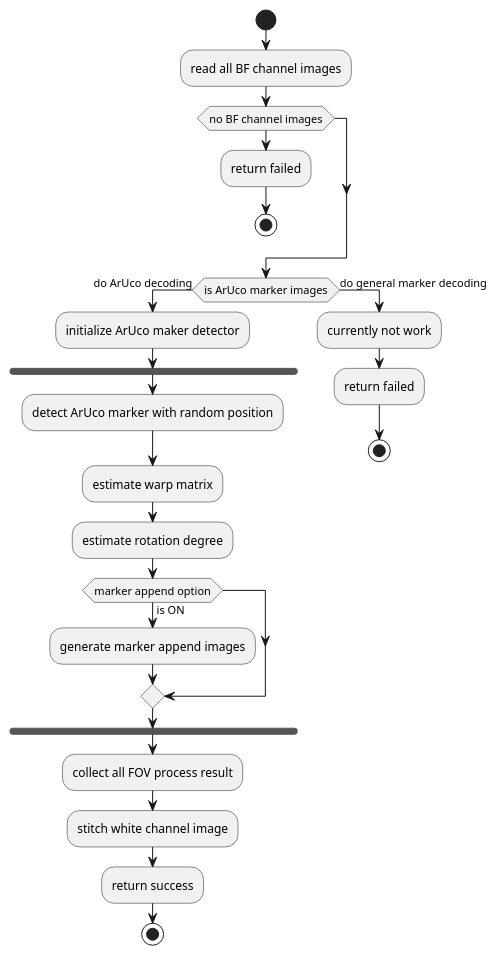
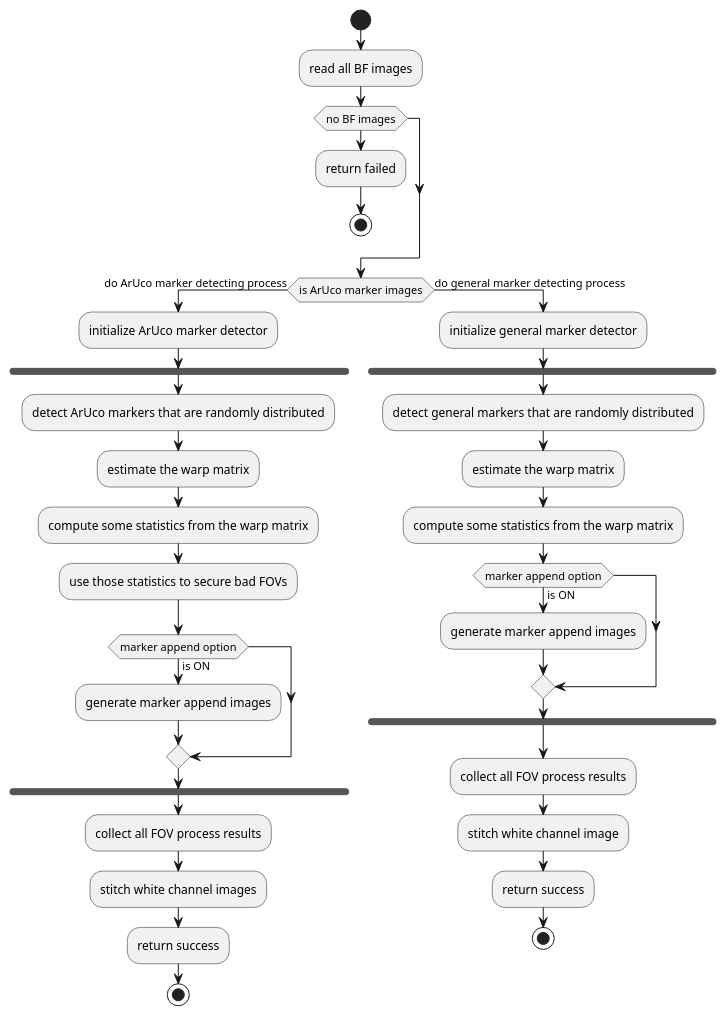
The second of 4 diagrams in doc/algorithm.md (jeff665547/Project-Summit.Grid), drawn with PlantUML before and after one commit. The commit also changed other lines of this file and 5 other files, not shown here.

```diff
--- a/doc/algorithm.md
+++ b/doc/algorithm.md
@@ -74,29 +90,40 @@
-@startuml {bf-channel-image-process.png}
+@startuml BF Channel Image Process
 
 start
-:read all BF channel images;
-if(no BF channel images) then
+:read all BF images;
+if(no BF images) then
     :return failed;
     stop
 endif;
-if(is ArUco marker images) then(do ArUco decoding)
-    :initialize ArUco maker detector;
+if(is ArUco marker images) then(do ArUco marker detecting process)
+    :initialize ArUco marker detector;
     fork
-        :detect ArUco marker with random position;
-        :estimate warp matrix;
-        :estimate rotation degree;
+        :detect ArUco markers that are randomly distributed;
+        :estimate the warp matrix;
+        :compute some statistics from the warp matrix;
+        :use those statistics to secure bad FOVs;
         if (marker append option) then (is ON)
             :generate marker append images;
         endif;
     end fork
-    :collect all FOV process result;
+    :collect all FOV process results;
+    :stitch white channel images;
+    :return success;
+    stop
+else (do general marker detecting process)
+    :initialize general marker detector;
+    fork
+        :detect general markers that are randomly distributed;
+        :estimate the warp matrix;
+        :compute some statistics from the warp matrix;
+        if (marker append option) then (is ON)
+            :generate marker append images;
+        endif;
+    end fork
+    :collect all FOV process results;
     :stitch white channel image;
     :return success;
-    stop
-else (do general marker decoding)
-    :currently not work;
-    :return failed;
     stop
 endif;
 
 @enduml
```
